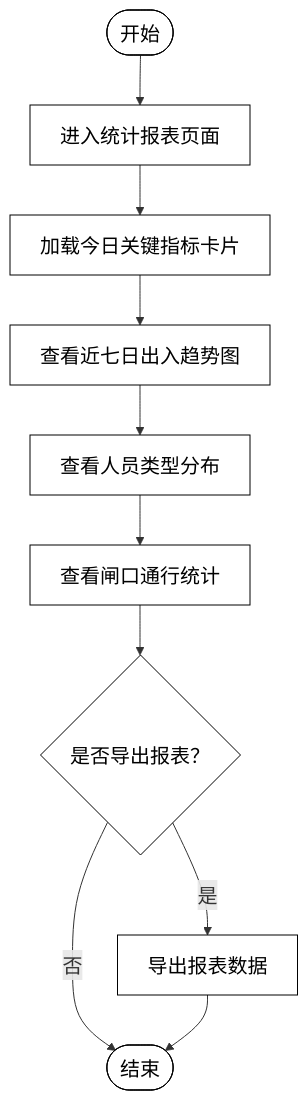
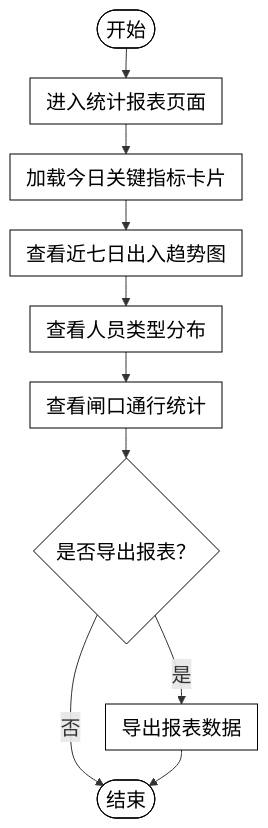
Diagram 21 of 31 in docs/功能需求分析与用例图.md (carl-Tu/campus-management), drawn with Mermaid before and after one commit. The commit also changed other lines of this file, not shown here.

Commit message:
docs：功能图紧凑排版，关闭拉伸并压缩节点间距

````diff
--- a/docs/功能需求分析与用例图.md
+++ b/docs/功能需求分析与用例图.md
@@ -720,16 +720,16 @@
 ```mermaid
-%%{init: {"themeVariables": {"fontSize": "20px"}}}%%
+%%{init: {"themeVariables": {"fontSize": "20px"}, "flowchart": {"useMaxWidth": false, "nodeSpacing": 30, "rankSpacing": 30, "padding": 8, "diagramPadding": 4}}}%%
 flowchart TD
   A(["开始"]) --> B["进入统计报表页面"]
   B --> C["加载今日关键指标卡片"]
   C --> D["查看近七日出入趋势图"]
   D --> E["查看人员类型分布"]
   E --> F["查看闸口通行统计"]
   F --> G{"是否导出报表？"}
   G -- 是 --> H["导出报表数据"]
   G -- 否 --> I(["结束"])
   H --> I
 
   classDef box fill:#ffffff,stroke:#000000,stroke-width:1px,color:#000000
   class A,B,C,D,E,F,G,H,I box
 ```
````
